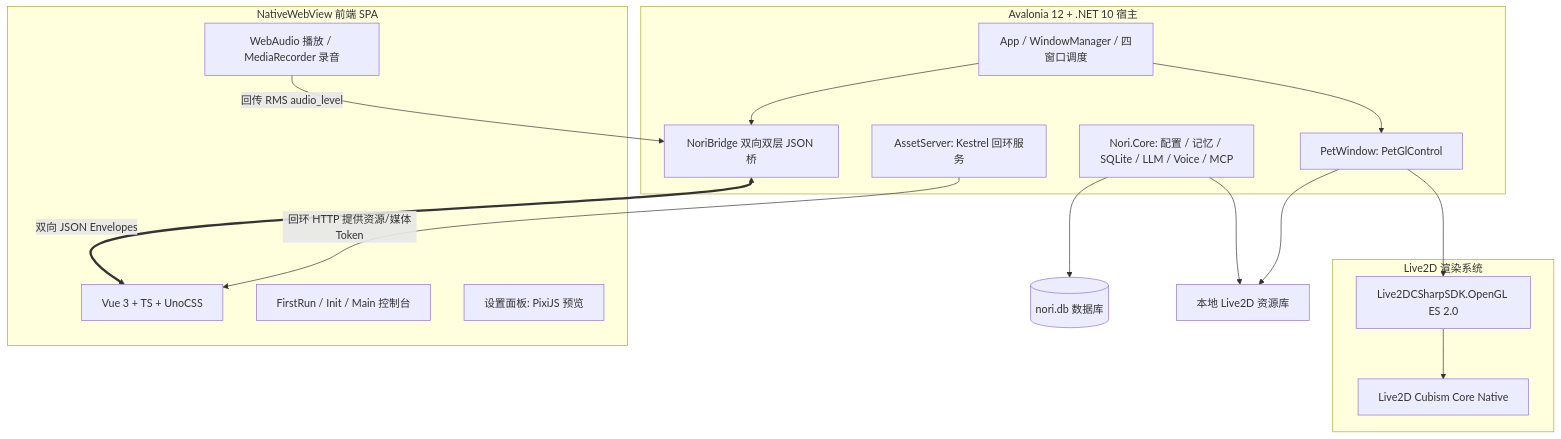
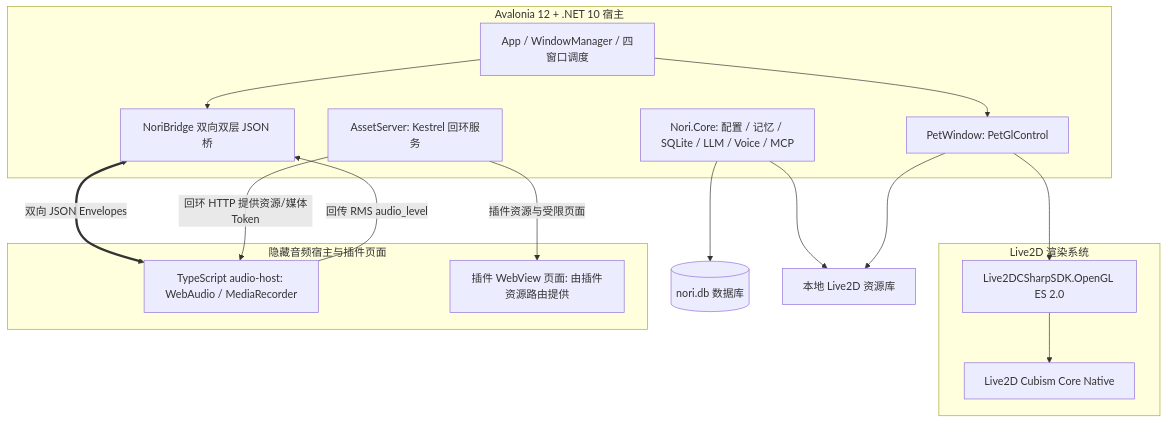
The diagram in README.md (MF-Dust/Nori.Desktop), drawn with Mermaid before and after one commit. The commit also changed other lines of this file and 50 other files, not shown here.

````diff
--- a/README.md
+++ b/README.md
@@ -97,33 +95,32 @@
 ```mermaid
 flowchart TD
     subgraph Host[Avalonia 12 + .NET 10 宿主]
         app[App / WindowManager / 四窗口调度]
         petWin[PetWindow: PetGlControl]
         bridge[NoriBridge 双向双层 JSON 桥]
         kestrel[AssetServer: Kestrel 回环服务]
         core[Nori.Core: 配置 / 记忆 / SQLite / LLM / Voice / MCP]
     end
 
     subgraph Live2DCore[Live2D 渲染系统]
         cubism[Live2D Cubism Core Native]
         sdk[Live2DCSharpSDK.OpenGL ES 2.0]
     end
 
-    subgraph Frontend[NativeWebView 前端 SPA]
-        vue[Vue 3 + TS + UnoCSS]
-        views[FirstRun / Init / Main 控制台]
-        preview[设置面板: PixiJS 预览]
-        audioHost[WebAudio 播放 / MediaRecorder 录音]
+    subgraph Frontend[隐藏音频宿主与插件页面]
+        audioHost[TypeScript audio-host: WebAudio / MediaRecorder]
+        pluginPage[插件 WebView 页面: 由插件资源路由提供]
     end
 
     app --> petWin
     app --> bridge
     petWin --> sdk
     sdk --> cubism
-    bridge <== 双向 JSON Envelopes ==> vue
-    kestrel -- 回环 HTTP 提供资源/媒体Token --> vue
+    bridge <== 双向 JSON Envelopes ==> audioHost
+    kestrel -- 回环 HTTP 提供资源/媒体Token --> audioHost
+    kestrel -- 插件资源与受限页面 --> pluginPage
     core --> SQLite[(nori.db 数据库)]
     core --> models[本地 Live2D 资源库]
     petWin --> models
     audioHost -- 回传 RMS audio_level --> bridge
 ```
````
